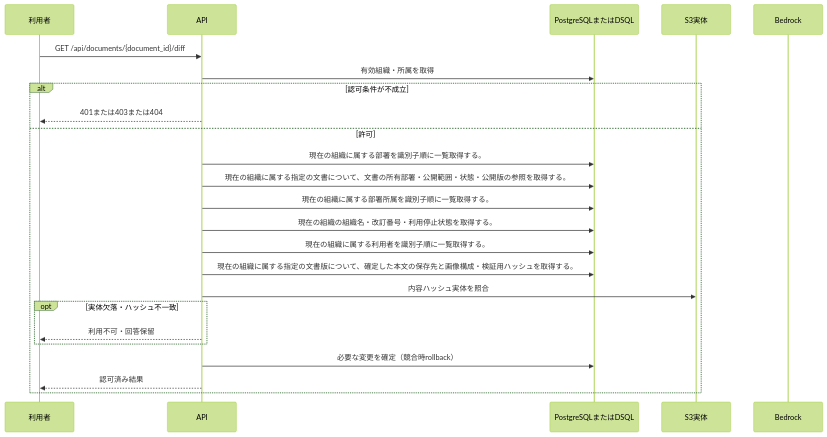
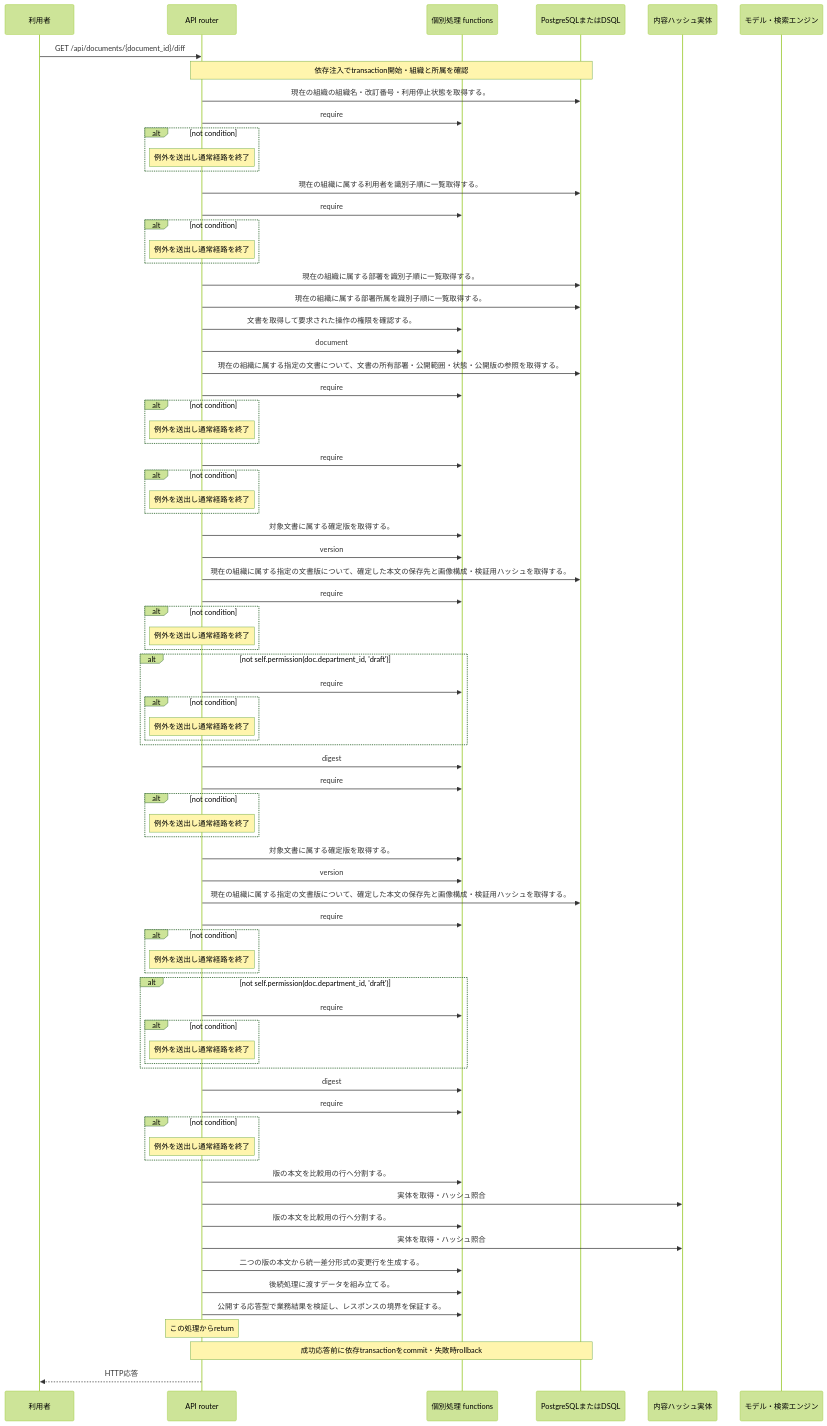
One commit to tsuji-tomonori/KotoRelay changed the diagram in docs/design/generated/api/documents/version_diff/sequence.md. Above: the diagram before and after it, drawn with Mermaid (forest theme). The commit also changed other lines of this file and 424 other files, not shown here.

````diff
--- a/docs/design/generated/api/documents/version_diff/sequence.md
+++ b/docs/design/generated/api/documents/version_diff/sequence.md
@@ -7,26 +7,80 @@
 ```mermaid
 sequenceDiagram
     participant U as 利用者
-    participant A as API
+    participant A as API router
+    participant F as 個別処理 functions
     participant D as PostgreSQLまたはDSQL
-    participant S as S3実体
-    participant M as Bedrock
+    participant S as 内容ハッシュ実体
+    participant M as モデル・検索エンジン
     U->>A: GET /api/documents/{document_id}/diff
-    A->>D: 有効組織・所属を取得
-    alt 認可条件が不成立
-        A-->>U: 401または403または404
-    else 許可
-        A->>D: 現在の組織に属する部署を識別子順に一覧取得する。
-        A->>D: 現在の組織に属する指定の文書について、文書の所有部署・公開範囲・状態・公開版の参照を取得する。
-        A->>D: 現在の組織に属する部署所属を識別子順に一覧取得する。
-        A->>D: 現在の組織の組織名・改訂番号・利用停止状態を取得する。
-        A->>D: 現在の組織に属する利用者を識別子順に一覧取得する。
-        A->>D: 現在の組織に属する指定の文書版について、確定した本文の保存先と画像構成・検証用ハッシュを取得する。
-        A->>S: 内容ハッシュ実体を照合
-        opt 実体欠落・ハッシュ不一致
-            A-->>U: 利用不可・回答保留
-        end
-        A->>D: 必要な変更を確定（競合時rollback）
-        A-->>U: 認可済み結果
+    Note over A,D: 依存注入でtransaction開始・組織と所属を確認
+    A->>D: 現在の組織の組織名・改訂番号・利用停止状態を取得する。
+    A->>F: require
+    alt not condition
+    Note over A: 例外を送出し通常経路を終了
     end
+    A->>D: 現在の組織に属する利用者を識別子順に一覧取得する。
+    A->>F: require
+    alt not condition
+    Note over A: 例外を送出し通常経路を終了
+    end
+    A->>D: 現在の組織に属する部署を識別子順に一覧取得する。
+    A->>D: 現在の組織に属する部署所属を識別子順に一覧取得する。
+    A->>F: 文書を取得して要求された操作の権限を確認する。
+    A->>F: document
+    A->>D: 現在の組織に属する指定の文書について、文書の所有部署・公開範囲・状態・公開版の参照を取得する。
+    A->>F: require
+    alt not condition
+    Note over A: 例外を送出し通常経路を終了
+    end
+    A->>F: require
+    alt not condition
+    Note over A: 例外を送出し通常経路を終了
+    end
+    A->>F: 対象文書に属する確定版を取得する。
+    A->>F: version
+    A->>D: 現在の組織に属する指定の文書版について、確定した本文の保存先と画像構成・検証用ハッシュを取得する。
+    A->>F: require
+    alt not condition
+    Note over A: 例外を送出し通常経路を終了
+    end
+    alt not self.permission(doc.department_id, 'draft')
+    A->>F: require
+    alt not condition
+    Note over A: 例外を送出し通常経路を終了
+    end
+    end
+    A->>F: digest
+    A->>F: require
+    alt not condition
+    Note over A: 例外を送出し通常経路を終了
+    end
+    A->>F: 対象文書に属する確定版を取得する。
+    A->>F: version
+    A->>D: 現在の組織に属する指定の文書版について、確定した本文の保存先と画像構成・検証用ハッシュを取得する。
+    A->>F: require
+    alt not condition
+    Note over A: 例外を送出し通常経路を終了
+    end
+    alt not self.permission(doc.department_id, 'draft')
+    A->>F: require
+    alt not condition
+    Note over A: 例外を送出し通常経路を終了
+    end
+    end
+    A->>F: digest
+    A->>F: require
+    alt not condition
+    Note over A: 例外を送出し通常経路を終了
+    end
+    A->>F: 版の本文を比較用の行へ分割する。
+    A->>S: 実体を取得・ハッシュ照合
+    A->>F: 版の本文を比較用の行へ分割する。
+    A->>S: 実体を取得・ハッシュ照合
+    A->>F: 二つの版の本文から統一差分形式の変更行を生成する。
+    A->>F: 後続処理に渡すデータを組み立てる。
+    A->>F: 公開する応答型で業務結果を検証し、レスポンスの境界を保証する。
+    Note over A: この処理からreturn
+    Note over A,D: 成功応答前に依存transactionをcommit・失敗時rollback
+    A-->>U: HTTP応答
 ```
````
